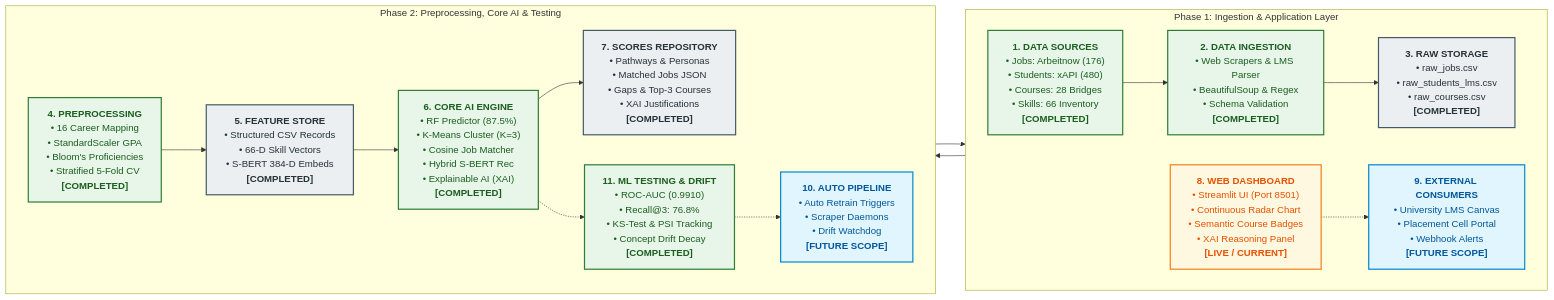
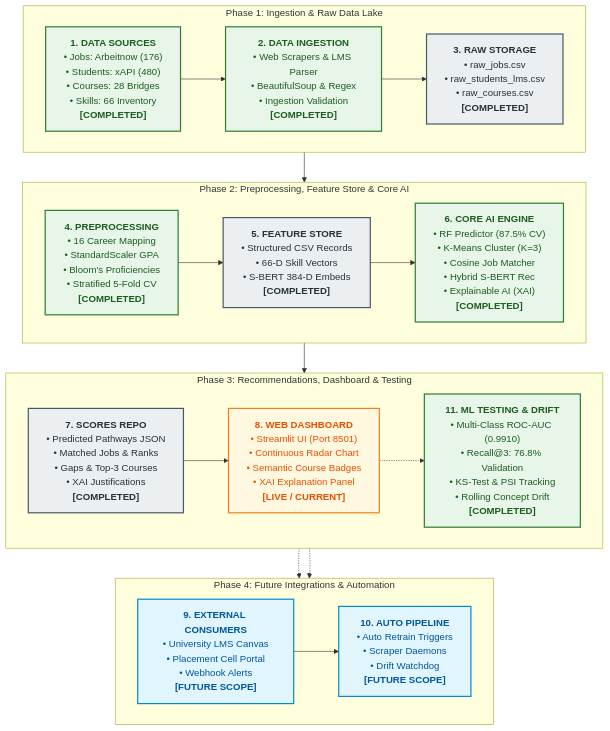
The diagram in README.md (Raghavmalani77/EduPathAI), drawn with Mermaid before and after one commit.

Commit message:
docs: balance architecture flowchart into 3x3 grid layout

````diff
--- a/README.md
+++ b/README.md
@@ -18,35 +18,45 @@
 ```mermaid
-flowchart LR
+flowchart TD
     %% Styling Classes
     classDef comp fill:#E8F5E9,stroke:#2E7D32,stroke-width:2px,color:#1B5E20;
     classDef curr fill:#FFF8E1,stroke:#F57F17,stroke-width:2px,color:#E65100;
     classDef store fill:#ECEFF1,stroke:#455A64,stroke-width:2px,color:#263238;
     classDef fut fill:#E1F5FE,stroke:#0288D1,stroke-width:2px,color:#01579B;
 
-    subgraph ROW1 ["Phase 1: Ingestion & Application Layer"]
+    subgraph P1 ["Phase 1: Ingestion & Raw Data Lake"]
         direction LR
         B1["<b>1. DATA SOURCES</b><br/>• Jobs: Arbeitnow (176)<br/>• Students: xAPI (480)<br/>• Courses: 28 Bridges<br/>• Skills: 66 Inventory<br/><b>[COMPLETED]</b>"]:::comp
-        B2["<b>2. DATA INGESTION</b><br/>• Web Scrapers & LMS Parser<br/>• BeautifulSoup & Regex<br/>• Schema Validation<br/><b>[COMPLETED]</b>"]:::comp
+        B2["<b>2. DATA INGESTION</b><br/>• Web Scrapers & LMS Parser<br/>• BeautifulSoup & Regex<br/>• Ingestion Validation<br/><b>[COMPLETED]</b>"]:::comp
         B3["<b>3. RAW STORAGE</b><br/>• raw_jobs.csv<br/>• raw_students_lms.csv<br/>• raw_courses.csv<br/><b>[COMPLETED]</b>"]:::store
-        B8["<b>8. WEB DASHBOARD</b><br/>• Streamlit UI (Port 8501)<br/>• Continuous Radar Chart<br/>• Semantic Course Badges<br/>• XAI Reasoning Panel<br/><b>[LIVE / CURRENT]</b>"]:::curr
-        B9["<b>9. EXTERNAL CONSUMERS</b><br/>• University LMS Canvas<br/>• Placement Cell Portal<br/>• Webhook Alerts<br/><b>[FUTURE SCOPE]</b>"]:::fut
         B1 --> B2 --> B3
-        B8 -.-> B9
     end
 
-    subgraph ROW2 ["Phase 2: Preprocessing, Core AI & Testing"]
+    subgraph P2 ["Phase 2: Preprocessing, Feature Store & Core AI"]
         direction LR
         B4["<b>4. PREPROCESSING</b><br/>• 16 Career Mapping<br/>• StandardScaler GPA<br/>• Bloom's Proficiencies<br/>• Stratified 5-Fold CV<br/><b>[COMPLETED]</b>"]:::comp
         B5["<b>5. FEATURE STORE</b><br/>• Structured CSV Records<br/>• 66-D Skill Vectors<br/>• S-BERT 384-D Embeds<br/><b>[COMPLETED]</b>"]:::store
-        B6["<b>6. CORE AI ENGINE</b><br/>• RF Predictor (87.5%)<br/>• K-Means Cluster (K=3)<br/>• Cosine Job Matcher<br/>• Hybrid S-BERT Rec<br/>• Explainable AI (XAI)<br/><b>[COMPLETED]</b>"]:::comp
-        B7["<b>7. SCORES REPOSITORY</b><br/>• Pathways & Personas<br/>• Matched Jobs JSON<br/>• Gaps & Top-3 Courses<br/>• XAI Justifications<br/><b>[COMPLETED]</b>"]:::store
-        B11["<b>11. ML TESTING & DRIFT</b><br/>• ROC-AUC (0.9910)<br/>• Recall@3: 76.8%<br/>• KS-Test & PSI Tracking<br/>• Concept Drift Decay<br/><b>[COMPLETED]</b>"]:::comp
+        B6["<b>6. CORE AI ENGINE</b><br/>• RF Predictor (87.5% CV)<br/>• K-Means Cluster (K=3)<br/>• Cosine Job Matcher<br/>• Hybrid S-BERT Rec<br/>• Explainable AI (XAI)<br/><b>[COMPLETED]</b>"]:::comp
+        B4 --> B5 --> B6
+    end
+
+    subgraph P3 ["Phase 3: Recommendations, Dashboard & Testing"]
+        direction LR
+        B7["<b>7. SCORES REPO</b><br/>• Predicted Pathways JSON<br/>• Matched Jobs & Ranks<br/>• Gaps & Top-3 Courses<br/>• XAI Justifications<br/><b>[COMPLETED]</b>"]:::store
+        B8["<b>8. WEB DASHBOARD</b><br/>• Streamlit UI (Port 8501)<br/>• Continuous Radar Chart<br/>• Semantic Course Badges<br/>• XAI Explanation Panel<br/><b>[LIVE / CURRENT]</b>"]:::curr
+        B11["<b>11. ML TESTING & DRIFT</b><br/>• Multi-Class ROC-AUC (0.9910)<br/>• Recall@3: 76.8% Validation<br/>• KS-Test & PSI Tracking<br/>• Rolling Concept Drift<br/><b>[COMPLETED]</b>"]:::comp
+        B7 --> B8
+        B8 -.-> B11
+    end
+
+    subgraph P4 ["Phase 4: Future Integrations & Automation"]
+        direction LR
+        B9["<b>9. EXTERNAL CONSUMERS</b><br/>• University LMS Canvas<br/>• Placement Cell Portal<br/>• Webhook Alerts<br/><b>[FUTURE SCOPE]</b>"]:::fut
         B10["<b>10. AUTO PIPELINE</b><br/>• Auto Retrain Triggers<br/>• Scraper Daemons<br/>• Drift Watchdog<br/><b>[FUTURE SCOPE]</b>"]:::fut
-        B4 --> B5 --> B6 --> B7
-        B6 -.-> B11
-        B11 -.-> B10
+        B9 --> B10
     end
 
     B3 --> B4
-    B7 --> B8
+    B6 --> B7
+    B8 -.-> B9
+    B11 -.-> B10
 ```
````
